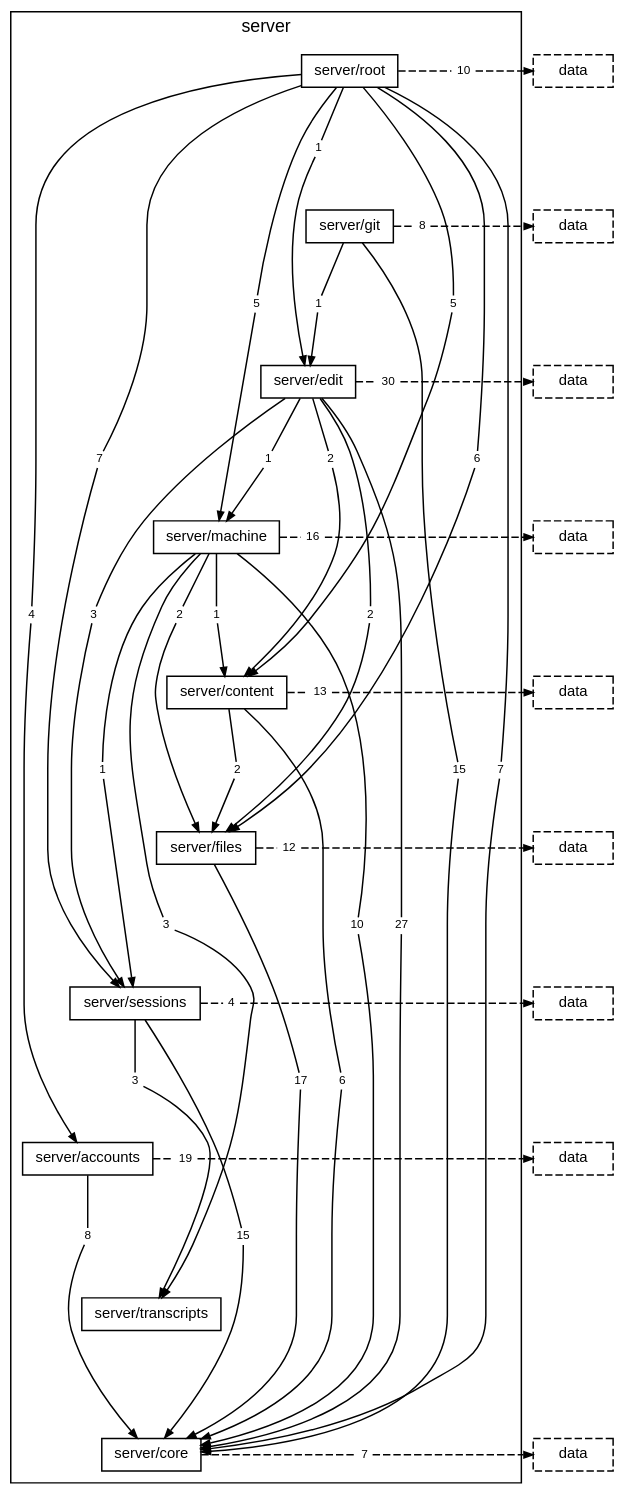
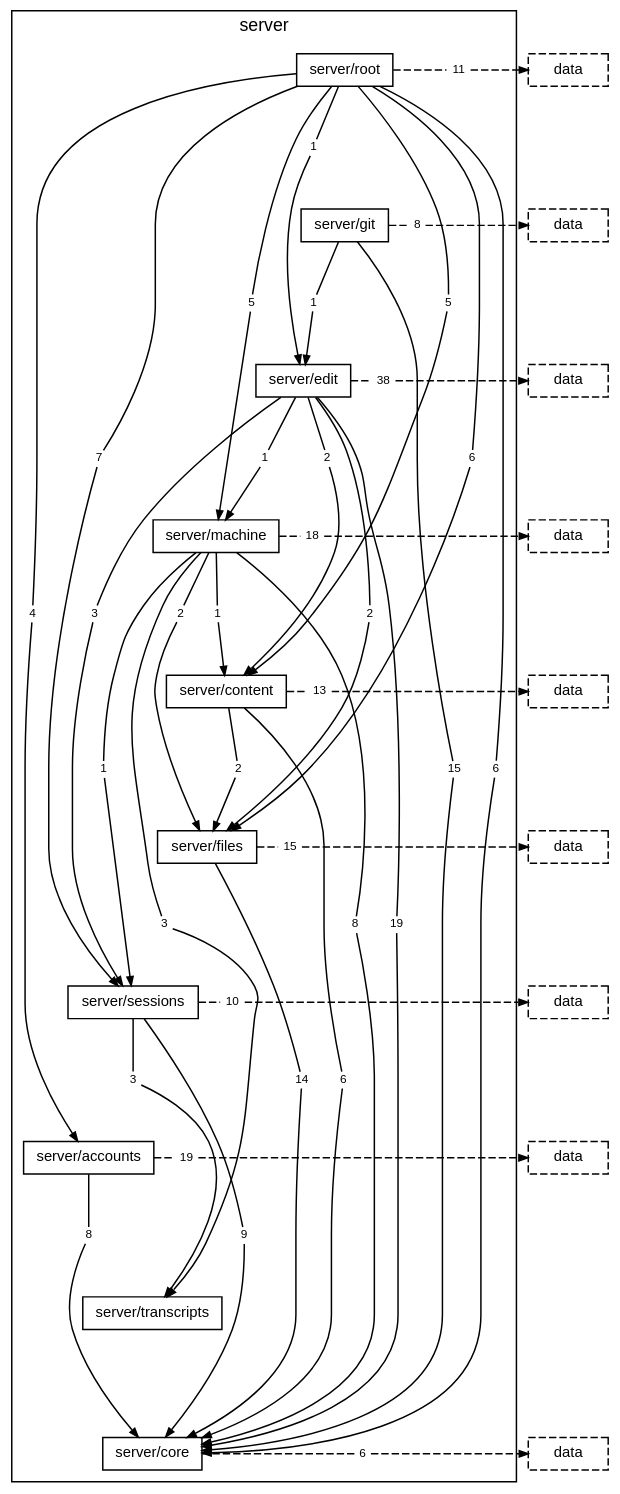
One commit to TheAxeC/oculus changed the diagram in docs/diagrams/layer-server.dot. Above: the diagram before and after it, drawn with Graphviz. The commit also changed 213 other files, not shown here.

```diff
--- a/docs/diagrams/layer-server.dot
+++ b/docs/diagrams/layer-server.dot
@@ -16,38 +16,38 @@
         "folder server/core" [label="server/core"];
         "folder server/root to folder server/accounts" [label="4", shape=box, color="transparent", fontsize=8, width=0, height=0, margin="0.04,0.02"];
         "folder server/root to folder server/content" [label="5", shape=box, color="transparent", fontsize=8, width=0, height=0, margin="0.04,0.02"];
-        "folder server/root to folder server/core" [label="7", shape=box, color="transparent", fontsize=8, width=0, height=0, margin="0.04,0.02"];
+        "folder server/root to folder server/core" [label="6", shape=box, color="transparent", fontsize=8, width=0, height=0, margin="0.04,0.02"];
         "folder server/root to folder server/edit" [label="1", shape=box, color="transparent", fontsize=8, width=0, height=0, margin="0.04,0.02"];
         "folder server/root to folder server/files" [label="6", shape=box, color="transparent", fontsize=8, width=0, height=0, margin="0.04,0.02"];
         "folder server/root to folder server/machine" [label="5", shape=box, color="transparent", fontsize=8, width=0, height=0, margin="0.04,0.02"];
         "folder server/root to folder server/sessions" [label="7", shape=box, color="transparent", fontsize=8, width=0, height=0, margin="0.04,0.02"];
-        "folder server/root to layer data" [label="10", shape=box, color="transparent", fontsize=8, width=0, height=0, margin="0.04,0.02"];
+        "folder server/root to layer data" [label="11", shape=box, color="transparent", fontsize=8, width=0, height=0, margin="0.04,0.02"];
         "folder server/git to folder server/core" [label="15", shape=box, color="transparent", fontsize=8, width=0, height=0, margin="0.04,0.02"];
         "folder server/git to folder server/edit" [label="1", shape=box, color="transparent", fontsize=8, width=0, height=0, margin="0.04,0.02"];
         "folder server/git to layer data" [label="8", shape=box, color="transparent", fontsize=8, width=0, height=0, margin="0.04,0.02"];
         "folder server/edit to folder server/content" [label="2", shape=box, color="transparent", fontsize=8, width=0, height=0, margin="0.04,0.02"];
-        "folder server/edit to folder server/core" [label="27", shape=box, color="transparent", fontsize=8, width=0, height=0, margin="0.04,0.02"];
+        "folder server/edit to folder server/core" [label="19", shape=box, color="transparent", fontsize=8, width=0, height=0, margin="0.04,0.02"];
         "folder server/edit to folder server/files" [label="2", shape=box, color="transparent", fontsize=8, width=0, height=0, margin="0.04,0.02"];
         "folder server/edit to folder server/machine" [label="1", shape=box, color="transparent", fontsize=8, width=0, height=0, margin="0.04,0.02"];
         "folder server/edit to folder server/sessions" [label="3", shape=box, color="transparent", fontsize=8, width=0, height=0, margin="0.04,0.02"];
-        "folder server/edit to layer data" [label="30", shape=box, color="transparent", fontsize=8, width=0, height=0, margin="0.04,0.02"];
+        "folder server/edit to layer data" [label="38", shape=box, color="transparent", fontsize=8, width=0, height=0, margin="0.04,0.02"];
         "folder server/machine to folder server/content" [label="1", shape=box, color="transparent", fontsize=8, width=0, height=0, margin="0.04,0.02"];
-        "folder server/machine to folder server/core" [label="10", shape=box, color="transparent", fontsize=8, width=0, height=0, margin="0.04,0.02"];
+        "folder server/machine to folder server/core" [label="8", shape=box, color="transparent", fontsize=8, width=0, height=0, margin="0.04,0.02"];
         "folder server/machine to folder server/files" [label="2", shape=box, color="transparent", fontsize=8, width=0, height=0, margin="0.04,0.02"];
         "folder server/machine to folder server/sessions" [label="1", shape=box, color="transparent", fontsize=8, width=0, height=0, margin="0.04,0.02"];
         "folder server/machine to folder server/transcripts" [label="3", shape=box, color="transparent", fontsize=8, width=0, height=0, margin="0.04,0.02"];
-        "folder server/machine to layer data" [label="16", shape=box, color="transparent", fontsize=8, width=0, height=0, margin="0.04,0.02"];
+        "folder server/machine to layer data" [label="18", shape=box, color="transparent", fontsize=8, width=0, height=0, margin="0.04,0.02"];
         "folder server/content to folder server/core" [label="6", shape=box, color="transparent", fontsize=8, width=0, height=0, margin="0.04,0.02"];
         "folder server/content to folder server/files" [label="2", shape=box, color="transparent", fontsize=8, width=0, height=0, margin="0.04,0.02"];
         "folder server/content to layer data" [label="13", shape=box, color="transparent", fontsize=8, width=0, height=0, margin="0.04,0.02"];
-        "folder server/files to folder server/core" [label="17", shape=box, color="transparent", fontsize=8, width=0, height=0, margin="0.04,0.02"];
-        "folder server/files to layer data" [label="12", shape=box, color="transparent", fontsize=8, width=0, height=0, margin="0.04,0.02"];
-        "folder server/sessions to folder server/core" [label="15", shape=box, color="transparent", fontsize=8, width=0, height=0, margin="0.04,0.02"];
+        "folder server/files to folder server/core" [label="14", shape=box, color="transparent", fontsize=8, width=0, height=0, margin="0.04,0.02"];
+        "folder server/files to layer data" [label="15", shape=box, color="transparent", fontsize=8, width=0, height=0, margin="0.04,0.02"];
+        "folder server/sessions to folder server/core" [label="9", shape=box, color="transparent", fontsize=8, width=0, height=0, margin="0.04,0.02"];
         "folder server/sessions to folder server/transcripts" [label="3", shape=box, color="transparent", fontsize=8, width=0, height=0, margin="0.04,0.02"];
-        "folder server/sessions to layer data" [label="4", shape=box, color="transparent", fontsize=8, width=0, height=0, margin="0.04,0.02"];
+        "folder server/sessions to layer data" [label="10", shape=box, color="transparent", fontsize=8, width=0, height=0, margin="0.04,0.02"];
         "folder server/accounts to folder server/core" [label="8", shape=box, color="transparent", fontsize=8, width=0, height=0, margin="0.04,0.02"];
         "folder server/accounts to layer data" [label="19", shape=box, color="transparent", fontsize=8, width=0, height=0, margin="0.04,0.02"];
-        "folder server/core to layer data" [label="7", shape=box, color="transparent", fontsize=8, width=0, height=0, margin="0.04,0.02"];
+        "folder server/core to layer data" [label="6", shape=box, color="transparent", fontsize=8, width=0, height=0, margin="0.04,0.02"];
     }
     "layer data from folder server/root" [label="data", style=dashed];
     "layer data from folder server/git" [label="data", style=dashed];
```
